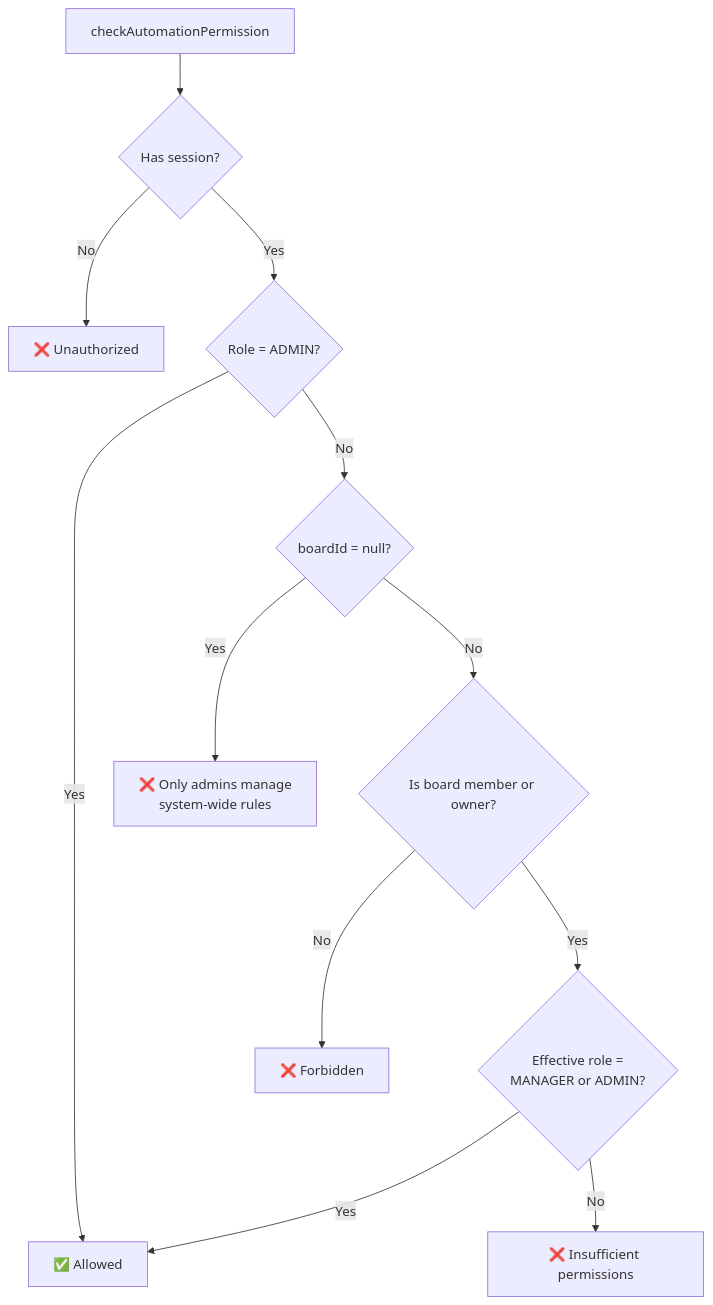
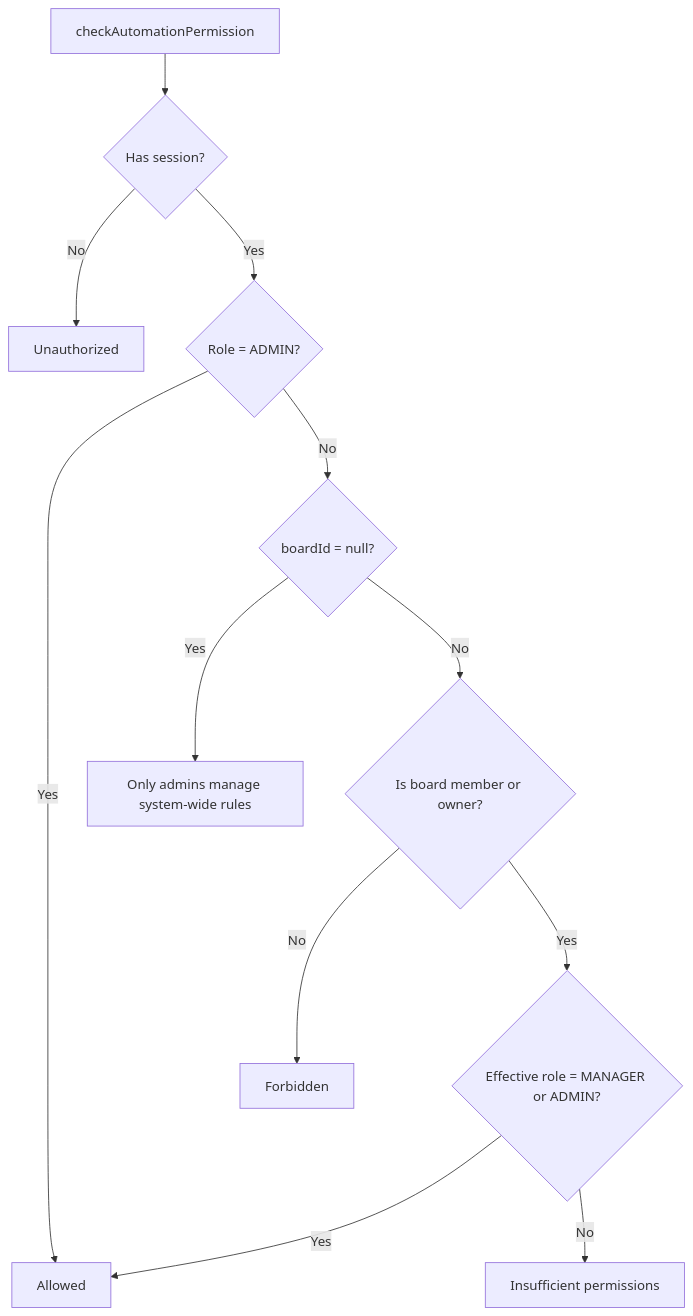
Before and after one commit to asefahmed500/Smart-Task-App_IIT_DU_Final_Project: the fourth of 4 diagrams in docs/10-automation-engine.md, drawn with Mermaid. The commit also changed other lines of this file and 8 other files, not shown here.

Commit message:
fix: remove br tags from mermaid diagrams for GitHub rendering

````diff
--- a/docs/10-automation-engine.md
+++ b/docs/10-automation-engine.md
@@ -242,14 +242,14 @@
 ```mermaid
 flowchart TD
     START[checkAutomationPermission] --> SESSION{Has session?}
-    SESSION -->|No| DENY[❌ Unauthorized]
+    SESSION -->|No| DENY[Unauthorized]
     SESSION -->|Yes| ADMIN{Role = ADMIN?}
-    ADMIN -->|Yes| ALLOW[✅ Allowed]
+    ADMIN -->|Yes| ALLOW[Allowed]
     ADMIN -->|No| SCOPE{boardId = null?}
-    SCOPE -->|Yes| DENY2[❌ Only admins manage<br/>system-wide rules]
+    SCOPE -->|Yes| DENY2[Only admins manage system-wide rules]
     SCOPE -->|No| BOARD{Is board member or owner?}
-    BOARD -->|No| DENY3[❌ Forbidden]
-    BOARD -->|Yes| ROLE{Effective role =<br/>MANAGER or ADMIN?}
+    BOARD -->|No| DENY3[Forbidden]
+    BOARD -->|Yes| ROLE{Effective role = MANAGER or ADMIN?}
     ROLE -->|Yes| ALLOW
-    ROLE -->|No| DENY4[❌ Insufficient permissions]
+    ROLE -->|No| DENY4[Insufficient permissions]
 ```
````
